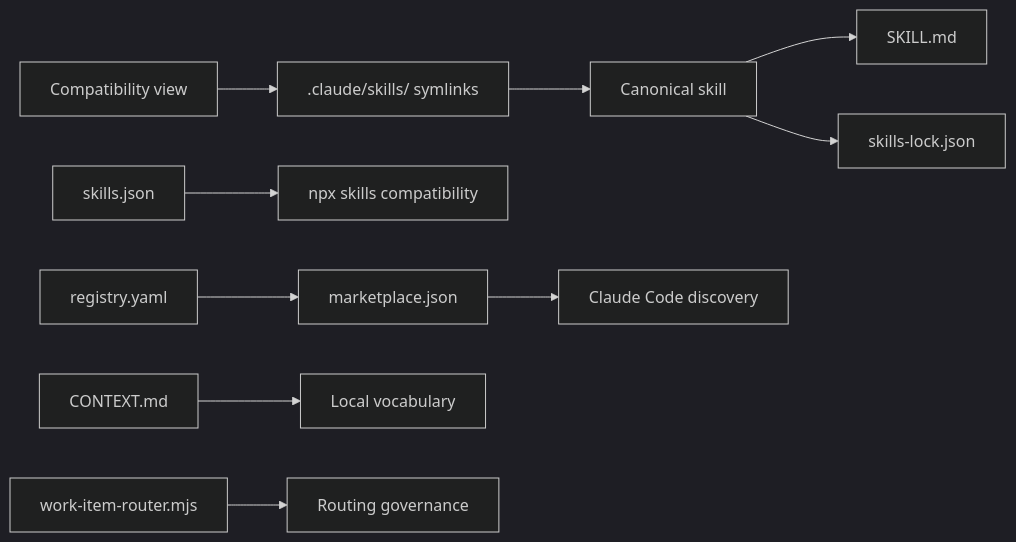
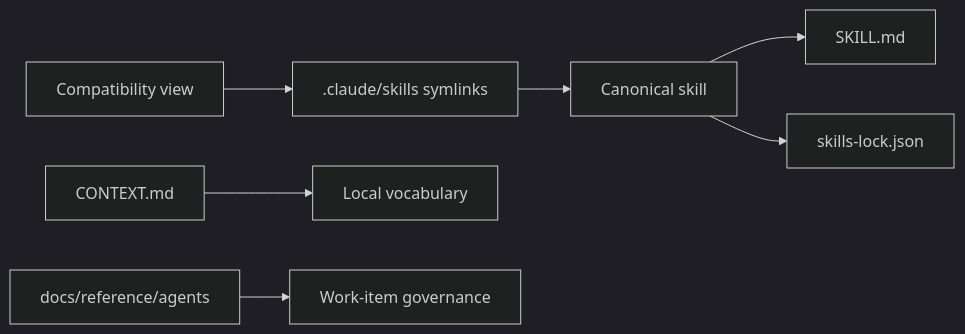
The first of 5 diagrams in docs/how-to/installation.md (quantumquirkxyz/skills-quirk), drawn with Mermaid (dark theme) before and after one commit. The commit also changed other lines of this file and 4 other files, not shown here.

````diff
--- a/docs/how-to/installation.md
+++ b/docs/how-to/installation.md
@@ -105,12 +96,9 @@
 ```mermaid
 flowchart LR
     A[Canonical skill] --> B[SKILL.md]
     A --> C[skills-lock.json]
-    D[Compatibility view] --> E[.claude/skills/ symlinks]
+    D[Compatibility view] --> E[.claude/skills symlinks]
     E --> A
-    F[skills.json] --> G[npx skills compatibility]
-    H[registry.yaml] --> I[marketplace.json]
-    I --> J[Claude Code discovery]
-    K[CONTEXT.md] --> L[Local vocabulary]
-    M[work-item-router.mjs] --> N[Routing governance]
+    F[CONTEXT.md] --> G[Local vocabulary]
+    H[docs/reference/agents] --> I[Work-item governance]
 ```
````
